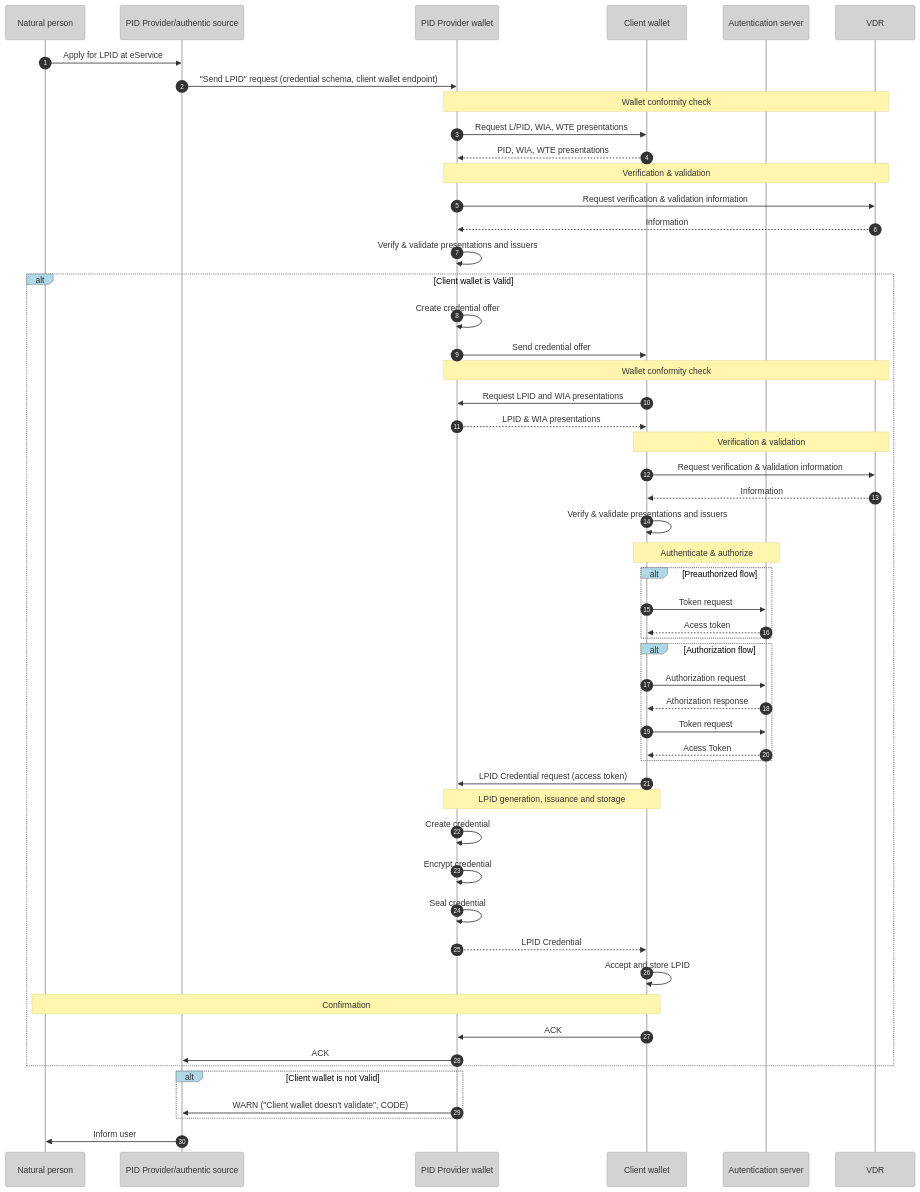
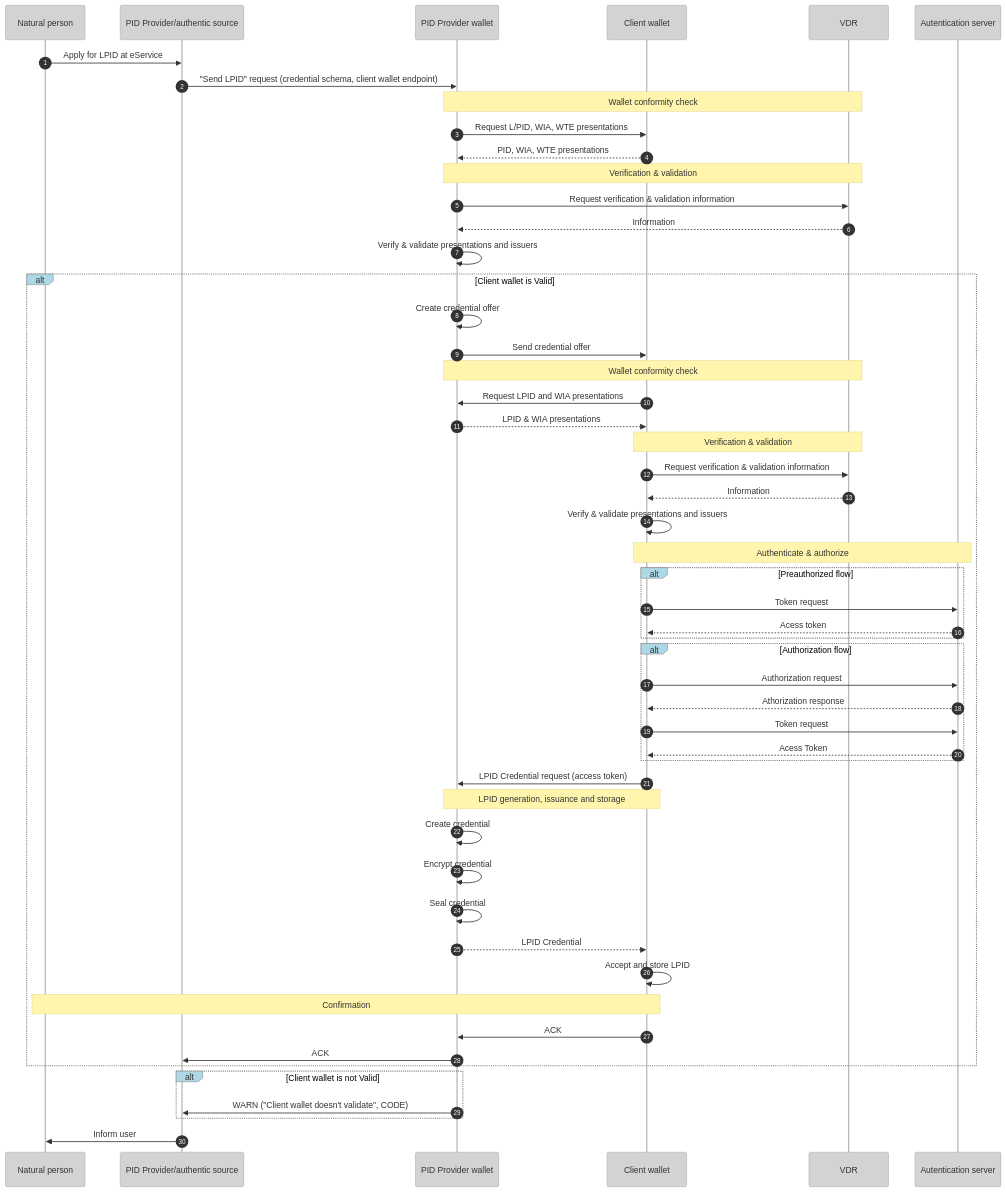
Before and after one commit to EWC-consortium/eudi-wallet-rfcs: the diagram in ewc-rfc005-issue-legal-person-identification-data.md, drawn with Mermaid.

Commit message:
Update ewc-rfc005-issue-legal-person-identification-data.md
Updated sequence diagram

````diff
--- a/ewc-rfc005-issue-legal-person-identification-data.md
+++ b/ewc-rfc005-issue-legal-person-identification-data.md
@@ -94,74 +94,76 @@
 ```mermaid
 ---
 config:
   theme: base
   themeVariables:
     actorBkg: "lightgrey"
     actorBorder: "darkgrey"
     loopTextColor: "black"
     labelBoxBkgColor: "lightblue"
     labelBoxBorderColor: "grey"
 ---
 
 sequenceDiagram
 
     autonumber
     participant NP as Natural person
     participant PP as PID Provider/authentic source
     participant PPW as PID Provider wallet
 	participant CW as Client wallet
+    participant VDR 
     participant AS as Autentication server
+    
     
     NP->>PP: Apply for LPID at eService
     PP->>PPW: "Send LPID" request (credential schema, client wallet endpoint)
     
     Note over PPW,VDR: Wallet conformity check
     PPW->>CW: Request L/PID, WIA, WTE presentations
     CW-->>PPW: PID, WIA, WTE presentations
    
     Note over PPW,VDR: Verification & validation
     PPW->>VDR: Request verification & validation information
     VDR-->>PPW: Information
     PPW->>PPW: Verify & validate presentations and issuers
     alt Client wallet is Valid
     PPW->>PPW: Create credential offer
     PPW->>CW: Send credential offer 
     
     Note over PPW, VDR: Wallet conformity check
     CW->>PPW: Request LPID and WIA presentations
     PPW-->>CW: LPID & WIA presentations
     
     Note over CW,VDR: Verification & validation
     CW->>VDR: Request verification & validation information
     VDR-->>CW: Information
     CW->>CW: Verify & validate presentations and issuers
     
     Note over CW, AS: Authenticate & authorize
     alt Preauthorized flow
     CW->>AS: Token request
     AS-->>CW: Acess token
     end
     alt Authorization flow
     CW->>AS: Authorization request
     AS-->>CW: Athorization response
     CW->>AS: Token request
     AS-->>CW: Acess Token
     end
     CW->>PPW: LPID Credential request (access token)
     
     Note over PPW, CW: LPID generation, issuance and storage
     PPW->>PPW: Create credential
     PPW->>PPW: Encrypt credential
     PPW->>PPW: Seal credential
     PPW-->>CW: LPID Credential
     CW->>CW: Accept and store LPID
     
     Note over CW, NP: Confirmation
     CW->>PPW: ACK
     PPW->>PP: ACK
     end
     alt Client wallet is not Valid
     PPW->>PP: WARN ("Client wallet doesn't validate", CODE)
     end
     PP->>NP: Inform user
 ```
````
